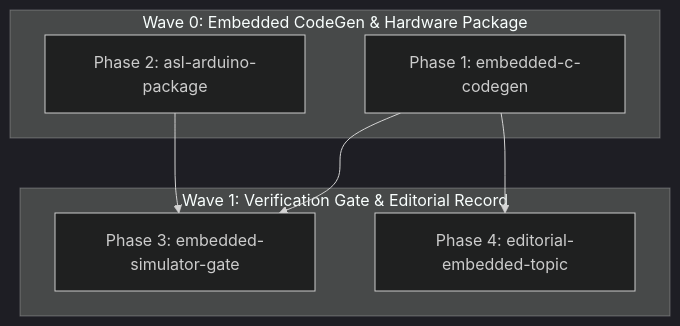
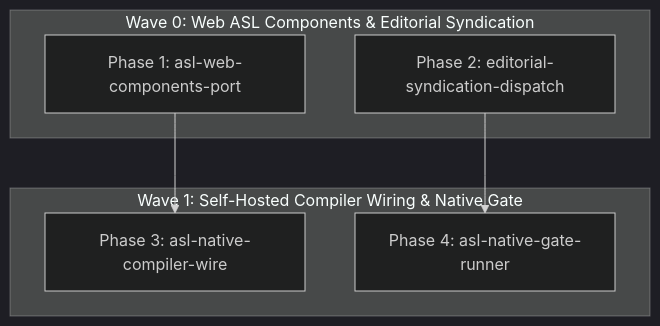
One commit to GenSEAM/asl changed the diagram in .plans/PHASES.md. Above: the diagram before and after it, drawn with Mermaid (dark theme). The commit also changed other lines of this file and 11 other files, not shown here.

Commit message:
feat(web): port Hero, UnifiedPackageMatrix and AslQualityDoctor to pure ASL

````diff
--- a/.plans/PHASES.md
+++ b/.plans/PHASES.md
@@ -8,14 +11,13 @@
 ```mermaid
 graph TD
-    subgraph Wave 0 [Wave 0: Embedded CodeGen & Hardware Package]
-        P1[Phase 1: embedded-c-codegen]
-        P2[Phase 2: asl-arduino-package]
+    subgraph Wave 0 [Wave 0: Web ASL Components & Editorial Syndication]
+        P1[Phase 1: asl-web-components-port]
+        P2[Phase 2: editorial-syndication-dispatch]
     end
-    subgraph Wave 1 [Wave 1: Verification Gate & Editorial Record]
-        P3[Phase 3: embedded-simulator-gate]
-        P4[Phase 4: editorial-embedded-topic]
+    subgraph Wave 1 [Wave 1: Self-Hosted Compiler Wiring & Native Gate]
+        P3[Phase 3: asl-native-compiler-wire]
+        P4[Phase 4: asl-native-gate-runner]
     end
     P1 --> P3
-    P2 --> P3
-    P1 --> P4
+    P2 --> P4
 ```
````
